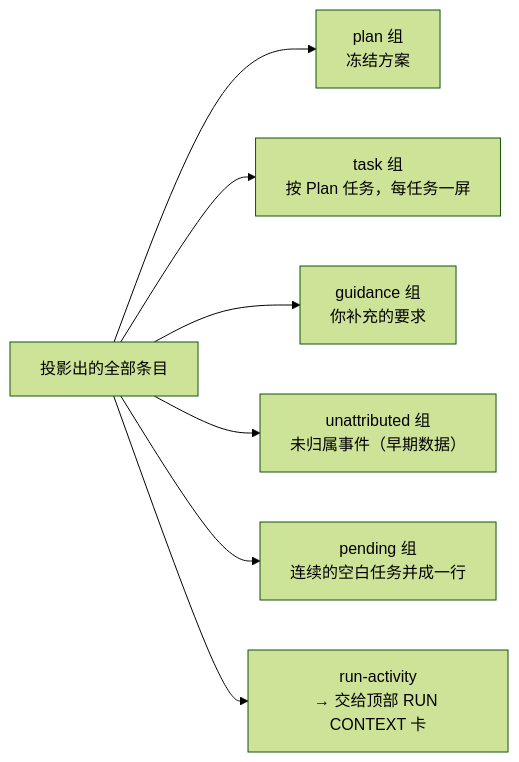
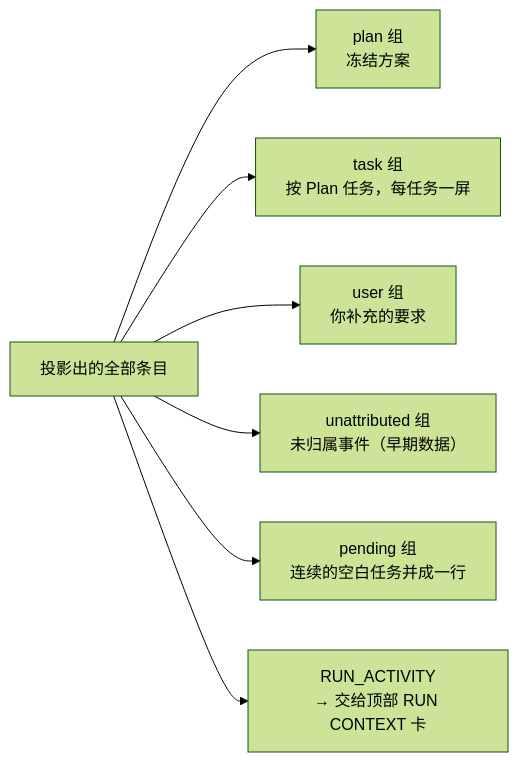
One commit to DigitalMarsh/pipeline-factory changed the fifth of 10 diagrams in docs/消息类型及事件状态机流程图.md. Above: the diagram before and after it, drawn with Mermaid (forest theme). The commit also changed other lines of this file and 1 other file, not shown here.

First line of the commit message:
docs: 《消息类型及事件状态机流程图》按改后的代码逐节核一遍，新增 §4.4 共用词表

````diff
--- a/docs/消息类型及事件状态机流程图.md
+++ b/docs/消息类型及事件状态机流程图.md
@@ -380,9 +431,9 @@
 ```mermaid
 flowchart LR
   ALL["投影出的全部条目"] --> G1["plan 组<br/>冻结方案"]
   ALL --> G2["task 组<br/>按 Plan 任务，每任务一屏"]
-  ALL --> G3["guidance 组<br/>你补充的要求"]
+  ALL --> G3["user 组<br/>你补充的要求"]
   ALL --> G4["unattributed 组<br/>未归属事件（早期数据）"]
   ALL --> G5["pending 组<br/>连续的空白任务并成一行"]
-  ALL --> H["run-activity<br/>→ 交给顶部 RUN CONTEXT 卡"]
+  ALL --> H["RUN_ACTIVITY<br/>→ 交给顶部 RUN CONTEXT 卡"]
 ```
````
